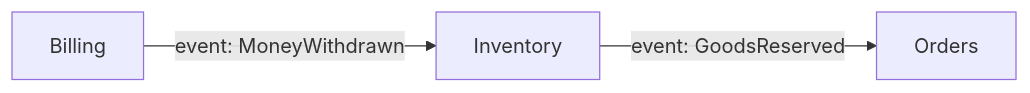
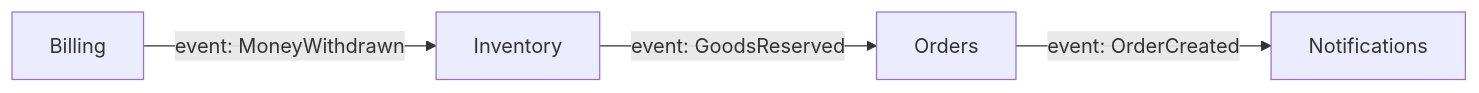
One commit to savinmikhail/advanced-system-design changed the third of 5 diagrams in 02_distributed-transactions/ DistributedTransactions/readme.md. Above: the diagram before and after it, drawn with Mermaid. The commit also changed other lines of this file, not shown here.

````diff
--- a/02_distributed-transactions/ DistributedTransactions/readme.md
+++ b/02_distributed-transactions/ DistributedTransactions/readme.md
@@ -177,5 +231,6 @@
 ```mermaid
 graph LR
-A[Billing] -->|event: MoneyWithdrawn| B[Inventory]
-B -->|event: GoodsReserved| C[Orders]
+Billing -->|event: MoneyWithdrawn| Inventory
+Inventory -->|event: GoodsReserved| Orders
+Orders -->|event: OrderCreated| Notifications
 ```
````
